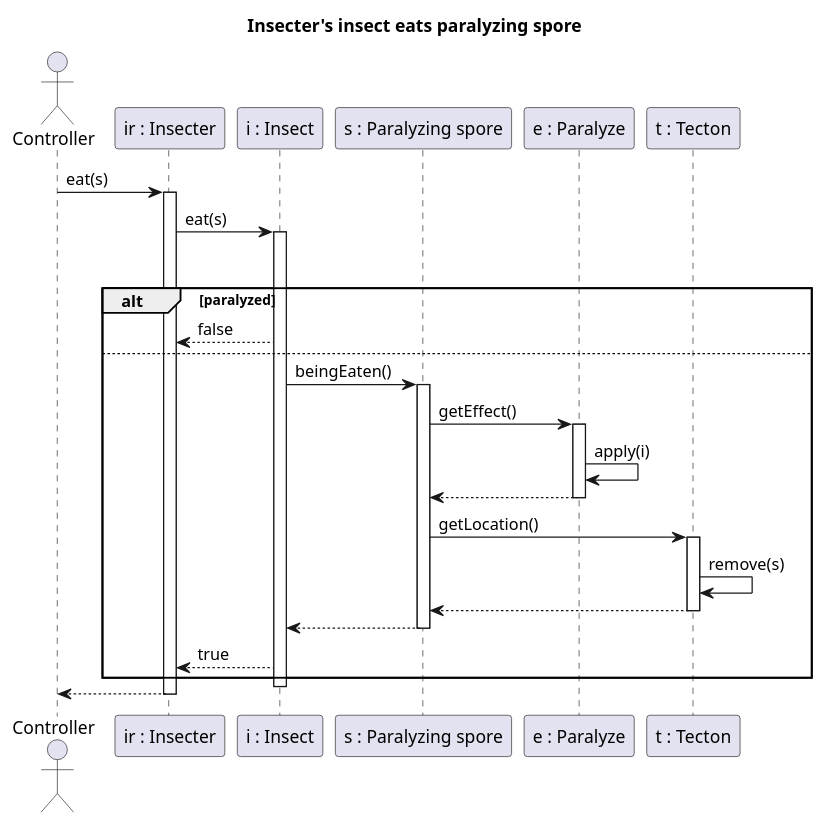
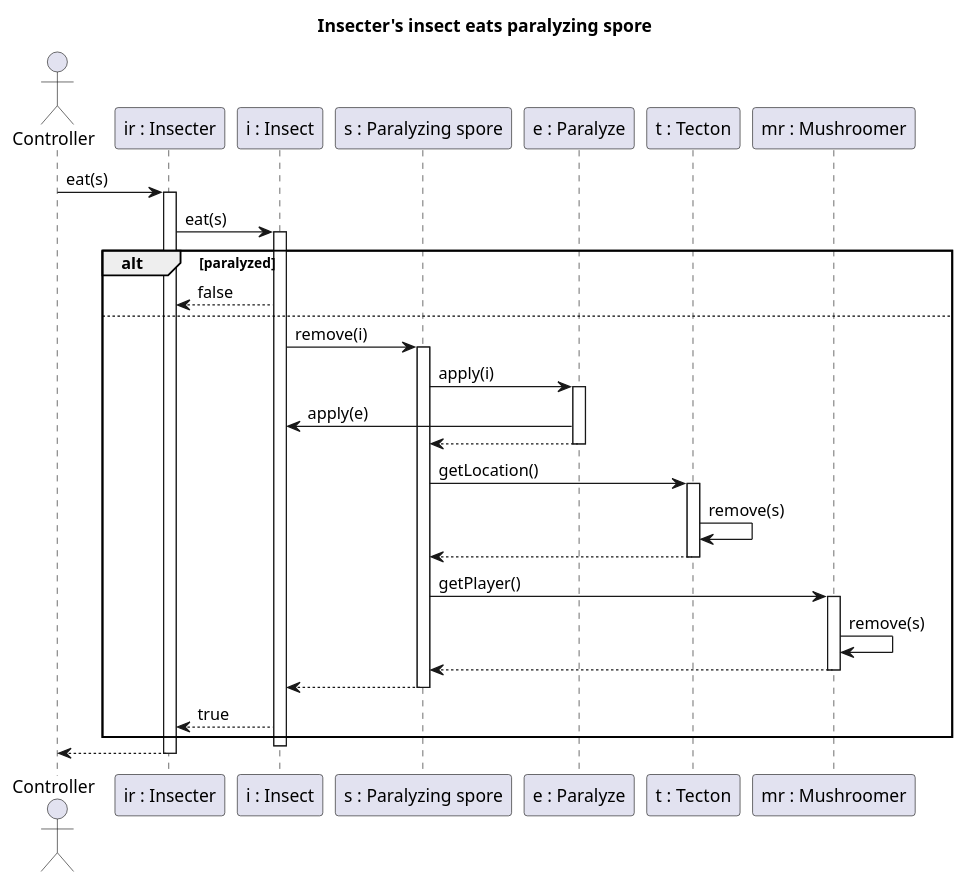
One commit to Petya-G/fungorium changed the diagram in 5/sequences/sporeEating/insectEatsParalyzingSpore.puml. Above: the diagram before and after it, drawn with PlantUML. The commit also changed 12 other files, not shown here.

Commit message:
spores, endturns, class diagram fix

```diff
--- a/5/sequences/sporeEating/insectEatsParalyzingSpore.puml
+++ b/5/sequences/sporeEating/insectEatsParalyzingSpore.puml
@@ -1,50 +1,53 @@
 @startuml  Insecter's insect eats paralyzing spore
 title Insecter's insect eats paralyzing spore
 
 actor Controller
 participant "ir : Insecter" as IR
 participant "i : Insect" as I
 participant "s : Paralyzing spore" as S
 participant "e : Paralyze" as E
 participant "t : Tecton" as T
+participant "mr : Mushroomer" as MR
 
 Controller -> IR: eat(s)
 activate IR
 IR -> I: eat(s)
 activate I
 
 alt paralyzed
-
-    deactivate S
     IR <-- I : false
 else
 
-    I -> S : beingEaten()
+    I -> S : remove(i)
     activate S
 
-    S -> E : getEffect()
+    S -> E : apply(i)
     activate E
 
-    E -> E : apply(i)
+    E -> I : apply(e)
 
     S <-- E
     deactivate E
 
     S -> T : getLocation()
     activate T
-
     T -> T : remove(s)
-
     S <--T
     deactivate T
+
+    S -> MR : getPlayer()
+    activate MR
+    MR -> MR : remove(s)
+    S <-- MR
+    deactivate MR
 
     I <-- S
     deactivate S
     IR <-- I : true
 end
 deactivate I
 
 Controller <-- IR
 deactivate IR
 deactivate IR
 @enduml
```
